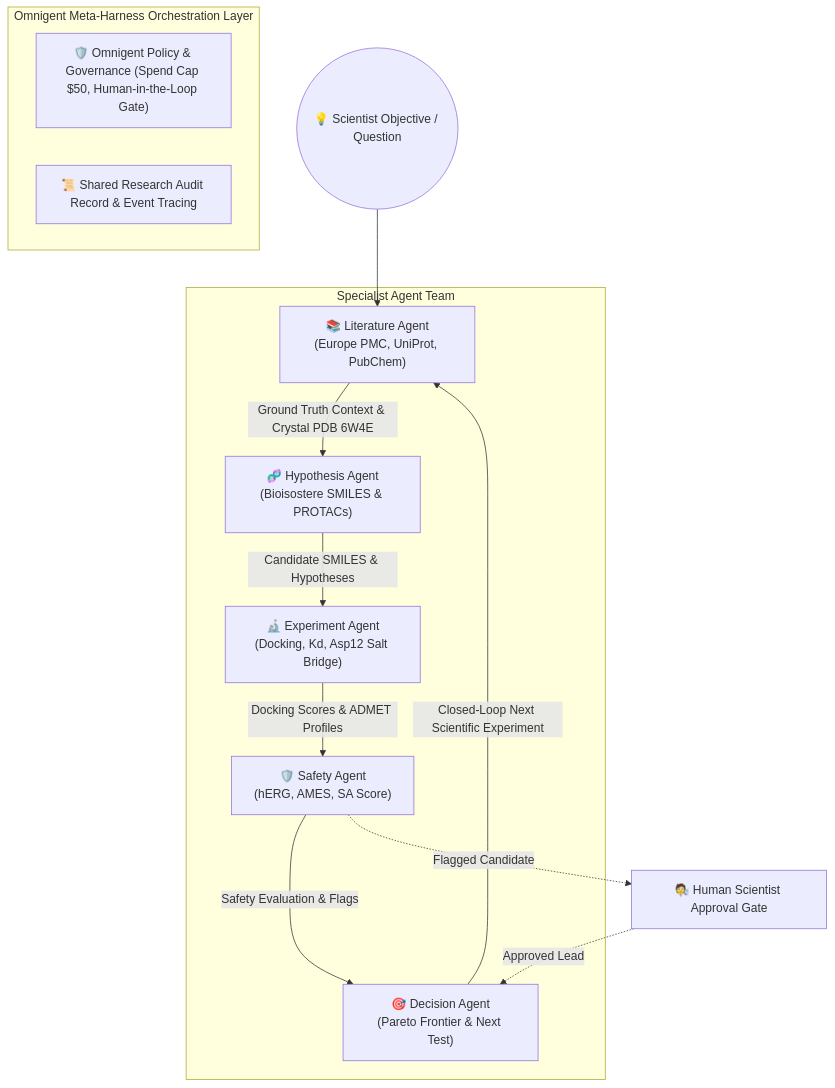
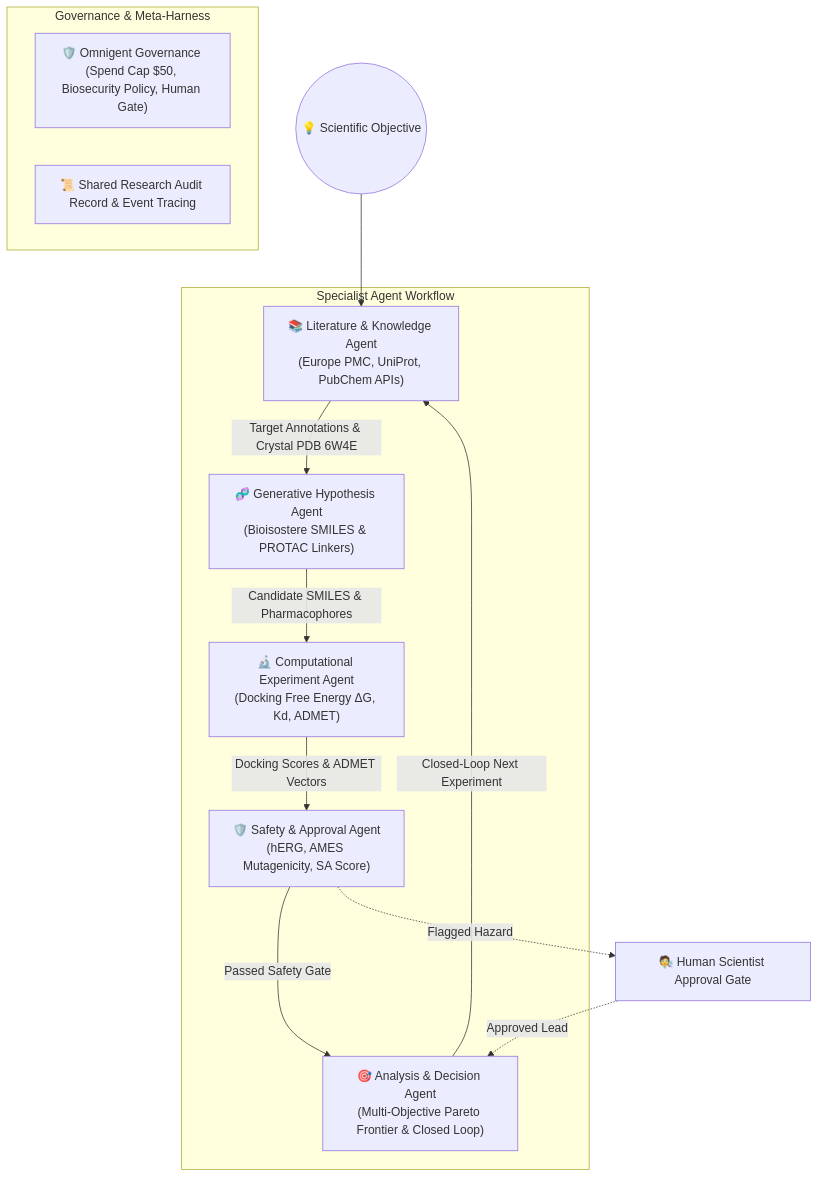
One commit to MalikZeeshan1122/Agentic-Scientific-Discovery- changed the diagram in README.md. Above: the diagram before and after it, drawn with Mermaid. The commit also changed other lines of this file, not shown here.

Commit message:
docs: enrich README with badges, agent decision matrix, and hackathon evaluation criteria

````diff
--- a/README.md
+++ b/README.md
@@ -33,24 +43,24 @@
 ```mermaid
 flowchart TD
-    subgraph Omnigent Meta-Harness Orchestration Layer
-        GOV["🛡️ Omnigent Policy & Governance (Spend Cap $50, Human-in-the-Loop Gate)"]
+    subgraph Governance & Meta-Harness
+        GOV["🛡️ Omnigent Governance (Spend Cap $50, Biosecurity Policy, Human Gate)"]
         REC["📜 Shared Research Audit Record & Event Tracing"]
     end
 
-    subgraph Specialist Agent Team
-        A1["📚 Literature Agent\n(Europe PMC, UniProt, PubChem)"]
-        A2["🧬 Hypothesis Agent\n(Bioisostere SMILES & PROTACs)"]
-        A3["🔬 Experiment Agent\n(Docking, Kd, Asp12 Salt Bridge)"]
-        A4["🛡️ Safety Agent\n(hERG, AMES, SA Score)"]
-        A5["🎯 Decision Agent\n(Pareto Frontier & Next Test)"]
+    subgraph Specialist Agent Workflow
+        A1["📚 Literature & Knowledge Agent\n(Europe PMC, UniProt, PubChem APIs)"]
+        A2["🧬 Generative Hypothesis Agent\n(Bioisostere SMILES & PROTAC Linkers)"]
+        A3["🔬 Computational Experiment Agent\n(Docking Free Energy ΔG, Kd, ADMET)"]
+        A4["🛡️ Safety & Approval Agent\n(hERG, AMES Mutagenicity, SA Score)"]
+        A5["🎯 Analysis & Decision Agent\n(Multi-Objective Pareto Frontier & Closed Loop)"]
     end
 
-    USER(("💡 Scientist Objective / Question")) --> A1
-    A1 -->|Ground Truth Context & Crystal PDB 6W4E| A2
-    A2 -->|Candidate SMILES & Hypotheses| A3
-    A3 -->|Docking Scores & ADMET Profiles| A4
-    A4 -->|Safety Evaluation & Flags| A5
-    A5 -->|Closed-Loop Next Scientific Experiment| A1
-    A4 -.->|Flagged Candidate| HUMAN["🧑‍🔬 Human Scientist Approval Gate"]
+    USER(("💡 Scientific Objective")) --> A1
+    A1 -->|Target Annotations & Crystal PDB 6W4E| A2
+    A2 -->|Candidate SMILES & Pharmacophores| A3
+    A3 -->|Docking Scores & ADMET Vectors| A4
+    A4 -->|Passed Safety Gate| A5
+    A5 -->|Closed-Loop Next Experiment| A1
+    A4 -.->|Flagged Hazard| HUMAN["🧑‍🔬 Human Scientist Approval Gate"]
     HUMAN -.->|Approved Lead| A5
 ```
````
